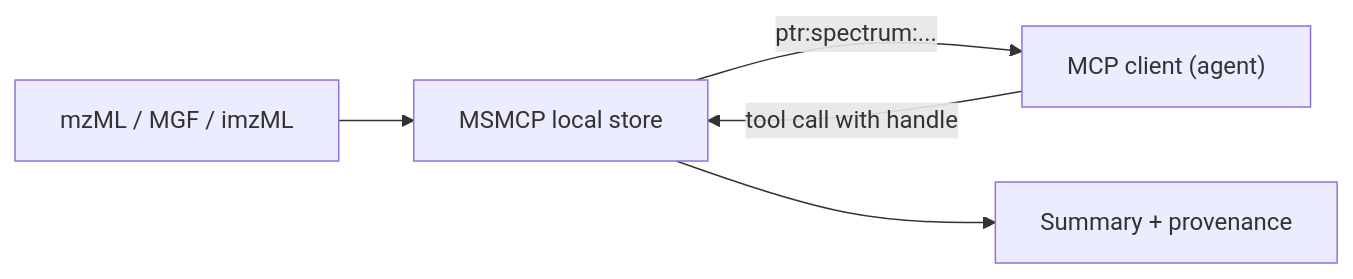
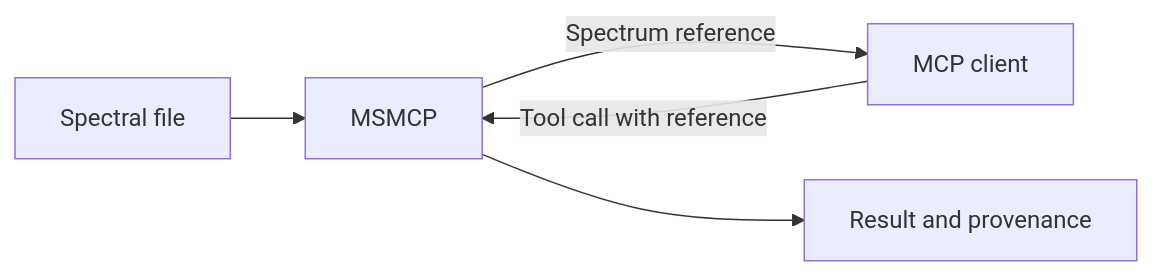
The diagram in src/content/blog/2026-11-16-msmcp-architecture-and-provenance.mdx (janusson/janusson.github.io), drawn with Mermaid before and after one commit. The commit also changed other lines of this file and 29 other files, not shown here.

````diff
--- a/src/content/blog/2026-11-16-msmcp-architecture-and-provenance.mdx
+++ b/src/content/blog/2026-11-16-msmcp-architecture-and-provenance.mdx
@@ -16,7 +25,7 @@
 ```mermaid
 flowchart LR
-    A["mzML / MGF / imzML"] --> B["MSMCP local store"]
-    B -- "ptr:spectrum:..." --> C["MCP client (agent)"]
-    C -- "tool call with handle" --> B
-    B --> D["Summary + provenance"]
+    A["Spectral file"] --> B["MSMCP"]
+    B -- "Spectrum reference" --> C["MCP client"]
+    C -- "Tool call with reference" --> B
+    B --> D["Result and provenance"]
 ```
````
